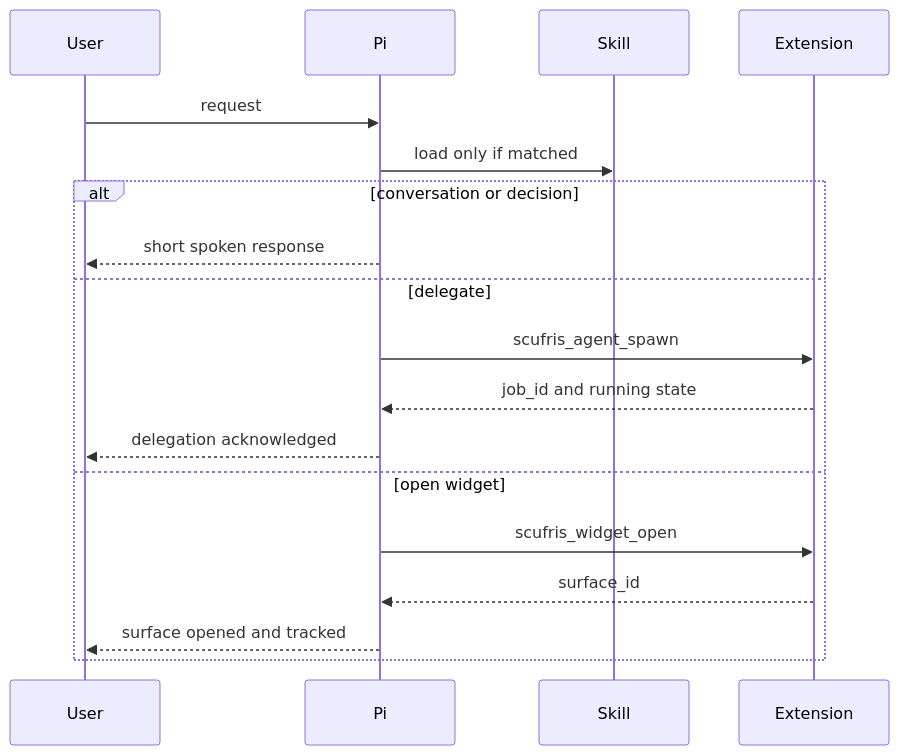
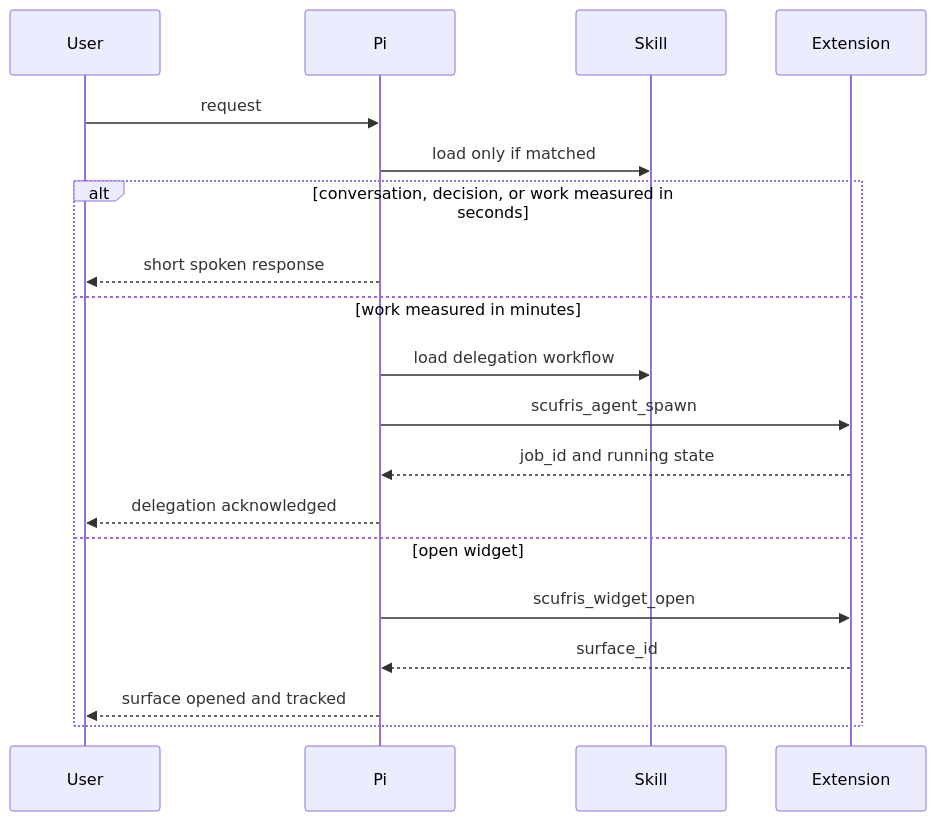
One commit to alexjercan/scufris2 changed the second of 5 diagrams in tasks/20260818-222337/ARCHITECTURE.md. Above: the diagram before and after it, drawn with Mermaid. The commit also changed other lines of this file and 9 other files, not shown here.

````diff
--- a/tasks/20260818-222337/ARCHITECTURE.md
+++ b/tasks/20260818-222337/ARCHITECTURE.md
@@ -246,21 +246,22 @@
 ```mermaid
 sequenceDiagram
   participant User
   participant Pi
   participant Skill
   participant Extension
 
   User->>Pi: request
   Pi->>Skill: load only if matched
-  alt conversation or decision
+  alt conversation, decision, or work measured in seconds
     Pi-->>User: short spoken response
-  else delegate
+  else work measured in minutes
+    Pi->>Skill: load delegation workflow
     Pi->>Extension: scufris_agent_spawn
     Extension-->>Pi: job_id and running state
     Pi-->>User: delegation acknowledged
   else open widget
     Pi->>Extension: scufris_widget_open
     Extension-->>Pi: surface_id
     Pi-->>User: surface opened and tracked
   end
 ```
````
